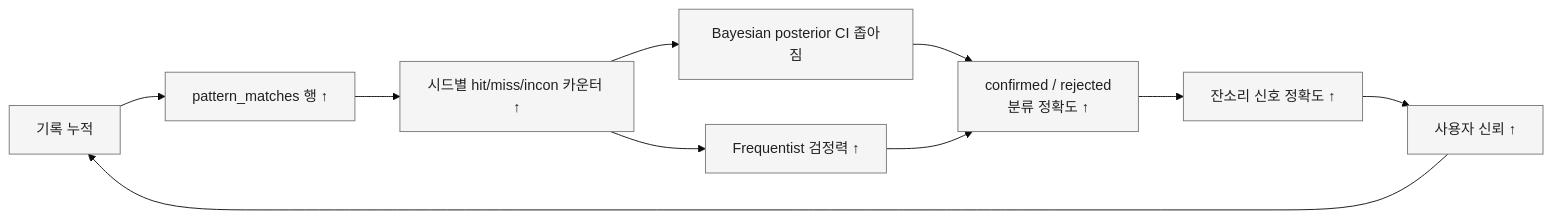
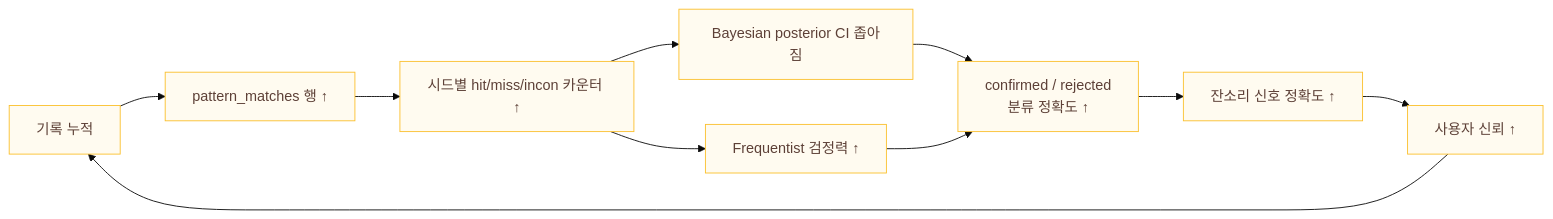
One commit to hyewon3938/slack-ai-agents changed the ninth of 9 diagrams in docs/explainers/insight-v2.md. Above: the diagram before and after it, drawn with Mermaid (base theme). The commit also changed other lines of this file, not shown here.

````diff
--- a/docs/explainers/insight-v2.md
+++ b/docs/explainers/insight-v2.md
@@ -469,15 +469,15 @@
 ```mermaid
 flowchart LR
   A["기록 누적"] --> B["pattern_matches 행 ↑"]
   B --> C["시드별 hit/miss/incon 카운터 ↑"]
   C --> D["Bayesian posterior CI 좁아짐"]
   C --> E["Frequentist 검정력 ↑"]
   D --> F["confirmed / rejected<br/>분류 정확도 ↑"]
   E --> F
   F --> G["잔소리 신호 정확도 ↑"]
   G --> H["사용자 신뢰 ↑"]
   H --> A
 
-  classDef flowNode fill:#f5f5f5,stroke:#757575,color:#212121
+  classDef flowNode fill:#fffbf0,stroke:#fbc02d,color:#5d4037
   class A,B,C,D,E,F,G,H flowNode
 ```
````
